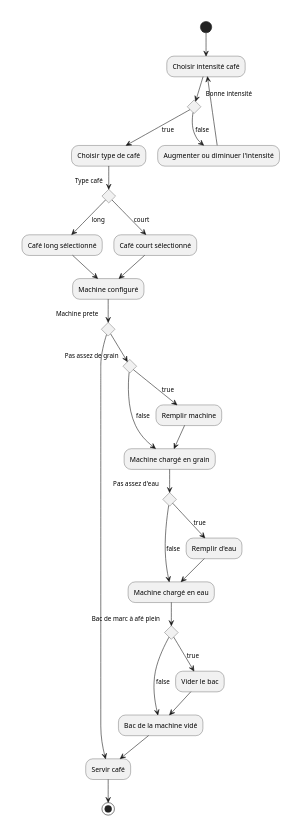
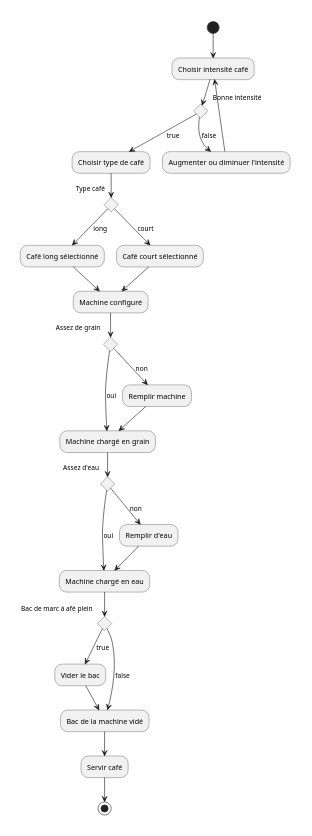
One commit to thomasGuibert/Cours-Design changed the diagram in S2/assets/machineAcafe.plantuml. Above: the diagram before and after it, drawn with PlantUML. The commit also changed 38 other files, not shown here.

```diff
--- a/S2/assets/machineAcafe.plantuml
+++ b/S2/assets/machineAcafe.plantuml
@@ -1,44 +1,40 @@
 @startuml machine à café
 scale 400*400
 
-(*) --> "Choisir intensité café" 
+(*) --> "Choisir intensité café"
 if "Bonne intensité" then
-    --> [false]"Augmenter ou diminuer l'intensité" 
-    --> "Choisir intensité café" 
+    --> [false]"Augmenter ou diminuer l'intensité"
+    --> "Choisir intensité café"
 else
     -->  [true]"Choisir type de café"
 endif
 
 if "Type café" then
---> [long] "Café long sélectionné"
---> "Machine configuré"
+    --> [long] "Café long sélectionné"
+    --> "Machine configuré"
 else
---> [court] "Café court sélectionné"
---> "Machine configuré"
+    --> [court] "Café court sélectionné"
+    --> "Machine configuré"
 endif
+if "Assez de grain" then
+    --> [oui] "Machine chargé en grain"
+else
+    --> [non] "Remplir machine"
+    --> "Machine chargé en grain"
+endif
+if "Assez d'eau" then
+    --> [oui] "Machine chargé en eau"
+else
+    --> [non] "Remplir d'eau"
+    --> "Machine chargé en eau"
+endif
+if "Bac de marc à afé plein" then
+    --> [true] "Vider le bac"
+    --> "Bac de la machine vidé"
+else
+    --> [false] "Bac de la machine vidé"
+endif
+--> "Servir café"
 
-if "Machine prete"
---> "Servir café"
-else
-    if "Pas assez de grain" then
-        --> [true] "Remplir machine"
-        --> "Machine chargé en grain"
-    else
-        --> [false] "Machine chargé en grain"
-    endif
-    if "Pas assez d'eau" then
-        --> [true] "Remplir d'eau"
-        --> "Machine chargé en eau"
-    else
-        --> [false] "Machine chargé en eau"
-    endif
-    if "Bac de marc à afé plein" then
-        --> [true] "Vider le bac"
-        --> "Bac de la machine vidé"
-    else
-        --> [false] "Bac de la machine vidé"
-    endif
-    --> "Servir café"
-endif
 --> (*)
 @enduml
```
